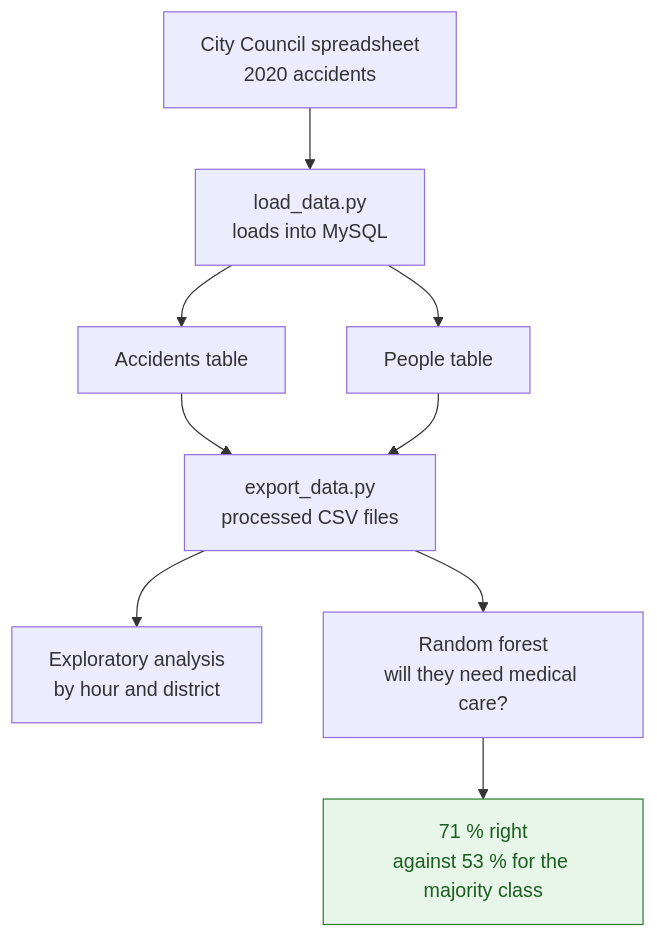
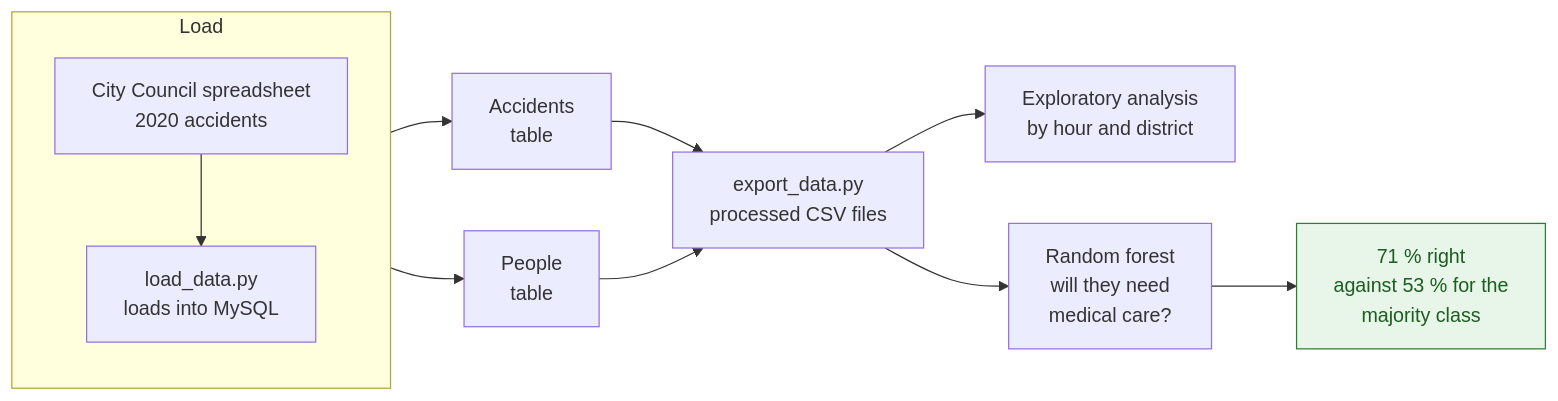
The diagram in README.en.md (jleonceo/accident-intelligent-agent), drawn with Mermaid before and after one commit. The commit also changed 1 other file, not shown here.

Commit message:
Esquema: pasa a horizontal para que ocupe menos de una pantalla
Iba de arriba abajo y ocupaba más de 800 píxeles de alto. Ahora va de
izquierda a derecha. El contenido de las cajas es el mismo.

````diff
--- a/README.en.md
+++ b/README.en.md
@@ -27,11 +27,14 @@
 ```mermaid
-flowchart TD
-    X[City Council spreadsheet<br/>2020 accidents] --> L[load_data.py<br/>loads into MySQL]
-    L --> A[Accidents table]
-    L --> P[People table]
+flowchart LR
+    subgraph S1[Load]
+        direction TB
+        X[City Council spreadsheet<br/>2020 accidents] --> L[load_data.py<br/>loads into MySQL]
+    end
+    S1 --> A[Accidents<br/>table]
+    S1 --> P[People<br/>table]
     A & P --> E[export_data.py<br/>processed CSV files]
     E --> N1[Exploratory analysis<br/>by hour and district]
-    E --> N2[Random forest<br/>will they need medical care?]
-    N2 --> R[71 % right<br/>against 53 % for the majority class]
+    E --> N2[Random forest<br/>will they need<br/>medical care?]
+    N2 --> R[71 % right<br/>against 53 % for the<br/>majority class]
     style R fill:#e8f5e9,stroke:#2e7d32,color:#1b5e20
 ```
````
